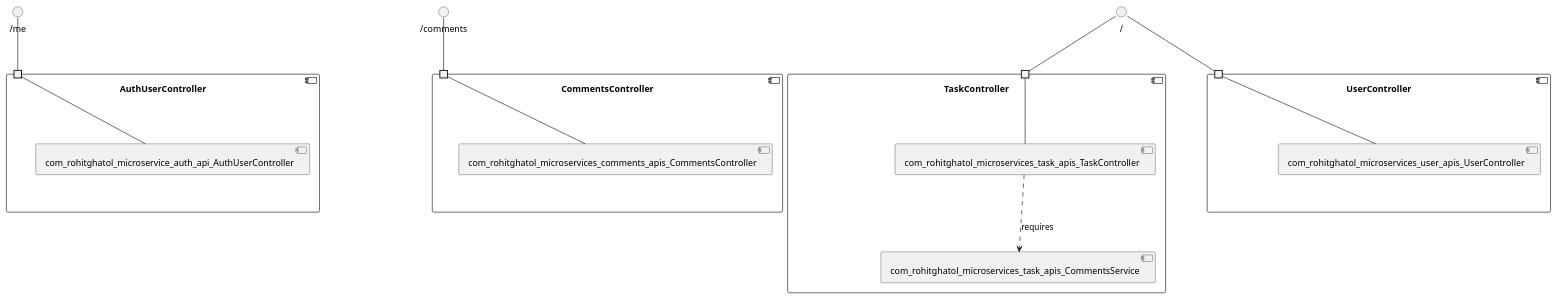
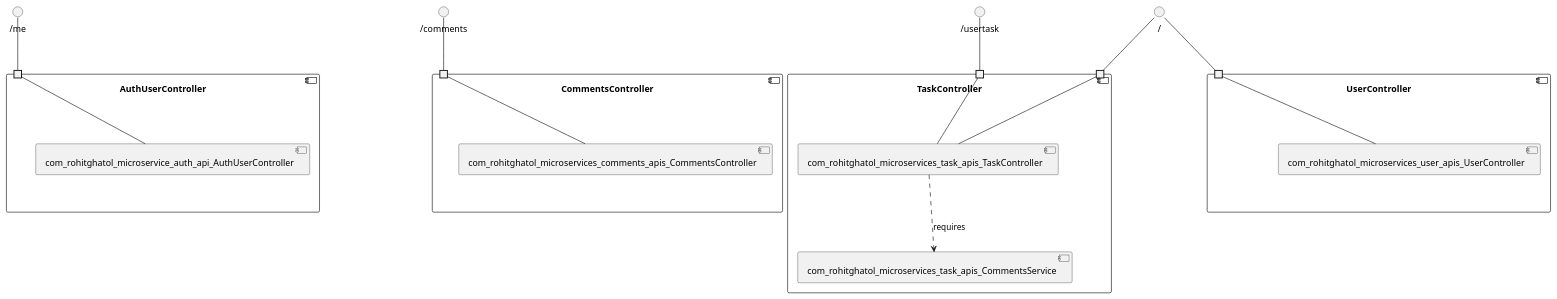
Before and after one commit to View-Based-Reverse-Engineering/Retriever-Benchmark: the diagram in rohitghatol-spring-bootmicroservices/model_re/uml/componentDiagram.puml, drawn with PlantUML. The commit also changed 135 other files, not shown here.

```diff
--- a/rohitghatol-spring-bootmicroservices/model_re/uml/componentDiagram.puml
+++ b/rohitghatol-spring-bootmicroservices/model_re/uml/componentDiagram.puml
@@ -1,34 +1,38 @@
 @startuml
 skinparam fixCircleLabelOverlapping true
 component "AuthUserController\n\n\n\n\n\n" {
 [com_rohitghatol_microservice_auth_api_AuthUserController]
 portin " " as AuthUserController.requires._me
 "AuthUserController.requires._me"--[com_rohitghatol_microservice_auth_api_AuthUserController]
 }
 interface "/me" as interface._me
 interface._me--"AuthUserController.requires._me"
 component "CommentsController\n\n\n\n\n\n" {
 [com_rohitghatol_microservices_comments_apis_CommentsController]
 portin " " as CommentsController.requires._comments
 "CommentsController.requires._comments"--[com_rohitghatol_microservices_comments_apis_CommentsController]
 }
 interface "/comments" as interface._comments
 interface._comments--"CommentsController.requires._comments"
 component "TaskController\n\n\n\n\n\n" {
+[com_rohitghatol_microservices_task_apis_CommentsService]
 [com_rohitghatol_microservices_task_apis_TaskController]
-[com_rohitghatol_microservices_task_apis_CommentsService]
+portin " " as TaskController.requires._usertask
 portin " " as TaskController.requires._
 [com_rohitghatol_microservices_task_apis_TaskController]..>[com_rohitghatol_microservices_task_apis_CommentsService] : requires
+"TaskController.requires._usertask"--[com_rohitghatol_microservices_task_apis_TaskController]
 "TaskController.requires._"--[com_rohitghatol_microservices_task_apis_TaskController]
 }
+interface "/usertask" as interface._usertask
+interface._usertask--"TaskController.requires._usertask"
 interface "/" as interface._
 interface._--"TaskController.requires._"
 component "UserController\n\n\n\n\n\n" {
 [com_rohitghatol_microservices_user_apis_UserController]
 portin " " as UserController.requires._
 "UserController.requires._"--[com_rohitghatol_microservices_user_apis_UserController]
 }
 interface "/" as interface._
 interface._--"UserController.requires._"
 
 @enduml
```
